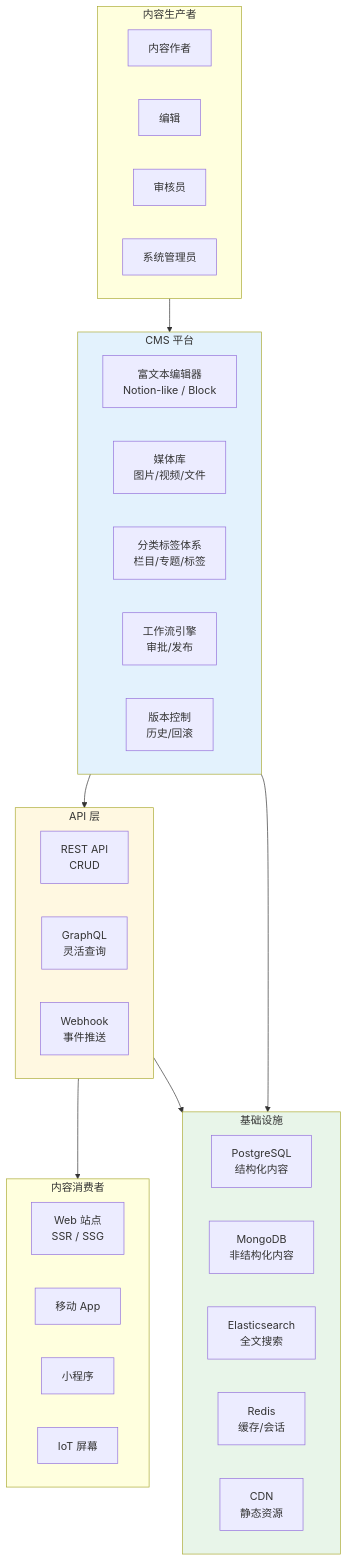
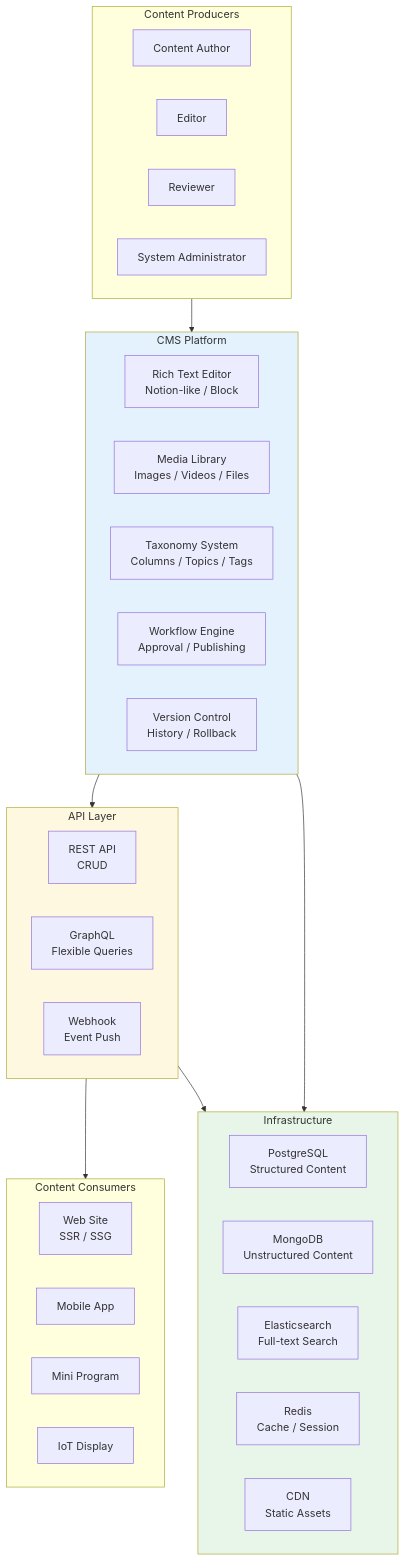
The first of 10 diagrams in tree/application/architecture/cms-architecture.md (teaglebuilt/knowledge-tree), drawn with Mermaid before and after one commit. The commit also changed other lines of this file and 8 other files, not shown here.

````diff
--- a/tree/application/architecture/cms-architecture.md
+++ b/tree/application/architecture/cms-architecture.md
@@ -129,46 +132,46 @@
 ```mermaid
 flowchart TB
-    subgraph Editors["内容生产者"]
-        AUTHOR["内容作者"]
-        EDITOR["编辑"]
-        REVIEWER["审核员"]
-        ADMIN["系统管理员"]
+    subgraph Editors["Content Producers"]
+        AUTHOR["Content Author"]
+        EDITOR["Editor"]
+        REVIEWER["Reviewer"]
+        ADMIN["System Administrator"]
     end
 
-    subgraph CMSPlatform["CMS 平台"]
-        EDITOR_UI["富文本编辑器<br/>Notion-like / Block"]
-        MEDIA["媒体库<br/>图片/视频/文件"]
-        TAXONOMY["分类标签体系<br/>栏目/专题/标签"]
-        WORKFLOW["工作流引擎<br/>审批/发布"]
-        VERSION["版本控制<br/>历史/回滚"]
+    subgraph CMSPlatform["CMS Platform"]
+        EDITOR_UI["Rich Text Editor<br/>Notion-like / Block"]
+        MEDIA["Media Library<br/>Images / Videos / Files"]
+        TAXONOMY["Taxonomy System<br/>Columns / Topics / Tags"]
+        WORKFLOW["Workflow Engine<br/>Approval / Publishing"]
+        VERSION["Version Control<br/>History / Rollback"]
     end
 
-    subgraph API["API 层"]
+    subgraph API["API Layer"]
         REST["REST API<br/>CRUD"]
-        GRAPHQL["GraphQL<br/>灵活查询"]
-        WEBHOOK["Webhook<br/>事件推送"]
+        GRAPHQL["GraphQL<br/>Flexible Queries"]
+        WEBHOOK["Webhook<br/>Event Push"]
     end
 
-    subgraph Consumers["内容消费者"]
-        WEB["Web 站点<br/>SSR / SSG"]
-        MOBILE["移动 App"]
-        MINI["小程序"]
-        IOT["IoT 屏幕"]
+    subgraph Consumers["Content Consumers"]
+        WEB["Web Site<br/>SSR / SSG"]
+        MOBILE["Mobile App"]
+        MINI["Mini Program"]
+        IOT["IoT Display"]
     end
 
-    subgraph Infra["基础设施"]
-        DB["PostgreSQL<br/>结构化内容"]
-        MONGO["MongoDB<br/>非结构化内容"]
-        ES["Elasticsearch<br/>全文搜索"]
-        REDIS["Redis<br/>缓存/会话"]
-        CDN["CDN<br/>静态资源"]
+    subgraph Infra["Infrastructure"]
+        DB["PostgreSQL<br/>Structured Content"]
+        MONGO["MongoDB<br/>Unstructured Content"]
+        ES["Elasticsearch<br/>Full-text Search"]
+        REDIS["Redis<br/>Cache / Session"]
+        CDN["CDN<br/>Static Assets"]
     end
 
     Editors --> CMSPlatform --> API --> Consumers
     CMSPlatform --> Infra
     API --> Infra
 
     style CMSPlatform fill:#e3f2fd
     style API fill:#fff8e1
     style Infra fill:#e8f5e9
 ```
````
